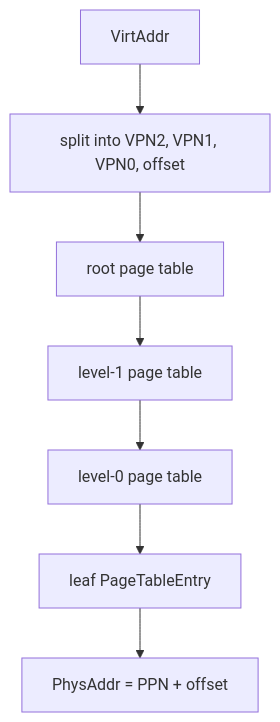
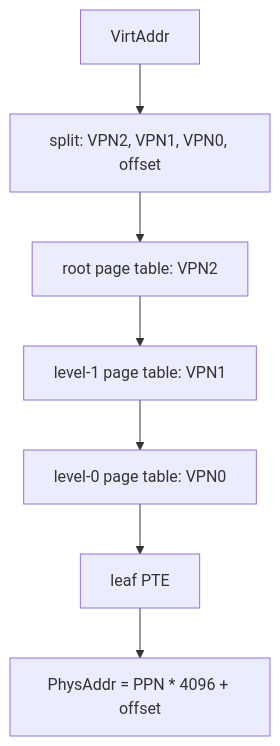
One commit to yicanzhang776-tech/os changed the diagram in docs/labs/lab4.md. Above: the diagram before and after it, drawn with Mermaid. The commit also changed other lines of this file and 10 other files, not shown here.

````diff
--- a/docs/labs/lab4.md
+++ b/docs/labs/lab4.md
@@ -52,9 +35,9 @@
 ```mermaid
 flowchart TD
-    va["VirtAddr"] --> split["split into VPN2, VPN1, VPN0, offset"]
-    split --> root["root page table"]
-    root --> l1["level-1 page table"]
-    l1 --> l0["level-0 page table"]
-    l0 --> pte["leaf PageTableEntry"]
-    pte --> pa["PhysAddr = PPN + offset"]
+    va["VirtAddr"] --> split["split: VPN2, VPN1, VPN0, offset"]
+    split --> root["root page table: VPN2"]
+    root --> l1["level-1 page table: VPN1"]
+    l1 --> l0["level-0 page table: VPN0"]
+    l0 --> pte["leaf PTE"]
+    pte --> pa["PhysAddr = PPN * 4096 + offset"]
 ```
````
